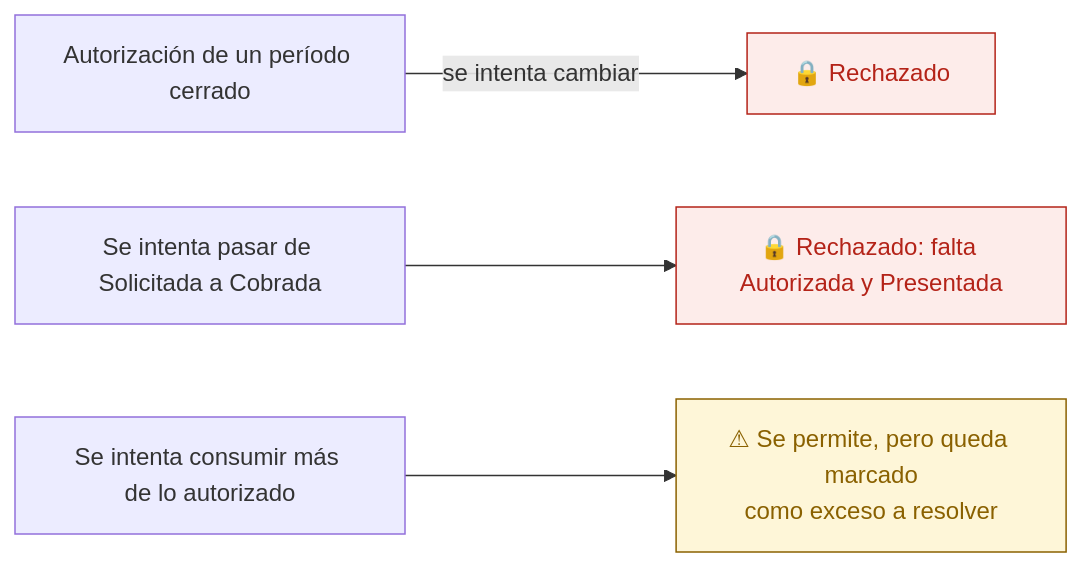
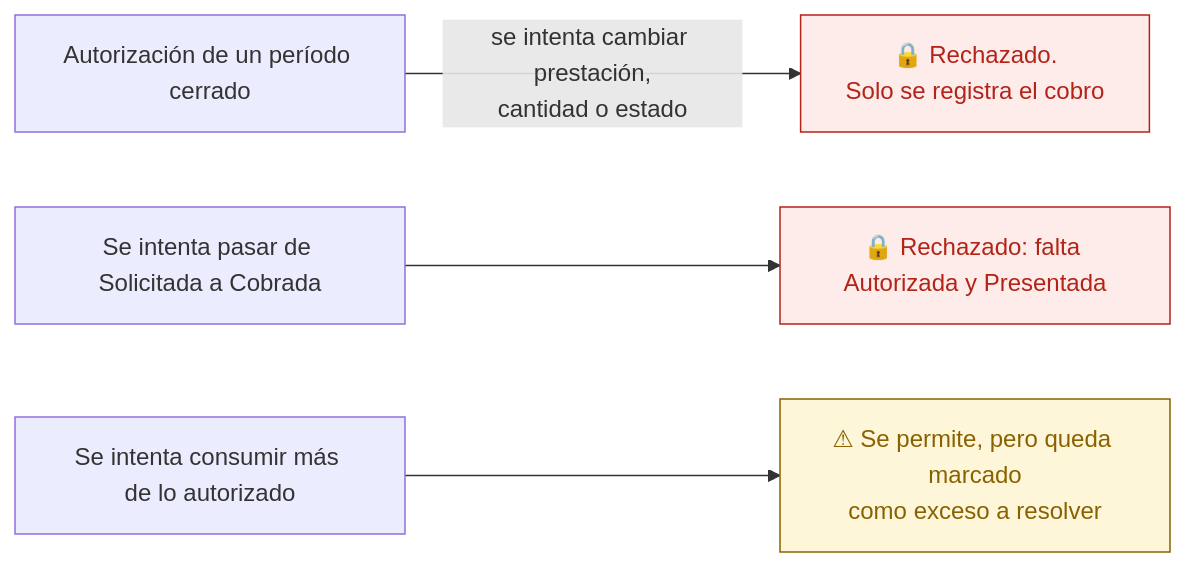
Before and after one commit to procesosipl-source/Ronda: the third of 3 diagrams in docs/flujos/18-autorizacion.md, drawn with Mermaid. The commit also changed other lines of this file and 3 other files, not shown here.

````diff
--- a/docs/flujos/18-autorizacion.md
+++ b/docs/flujos/18-autorizacion.md
@@ -87,11 +100,11 @@
 ```mermaid
 flowchart LR
-    A["Autorización de un período cerrado"] -->|se intenta cambiar| B["🔒 Rechazado"]
+    A["Autorización de un período cerrado"] -->|se intenta cambiar prestación,<br/>cantidad o estado| B["🔒 Rechazado.<br/>Solo se registra el cobro"]
     C["Se intenta pasar de Solicitada a Cobrada"] --> D["🔒 Rechazado: falta Autorizada y Presentada"]
     E["Se intenta consumir más de lo autorizado"] --> F["⚠ Se permite, pero queda marcado<br/>como exceso a resolver"]
 
     classDef bloq fill:#FDECEA,stroke:#B42318,color:#B42318
     classDef warn fill:#FEF6D8,stroke:#8A6100,color:#8A6100
     class B,D bloq
     class F warn
 ```
````
